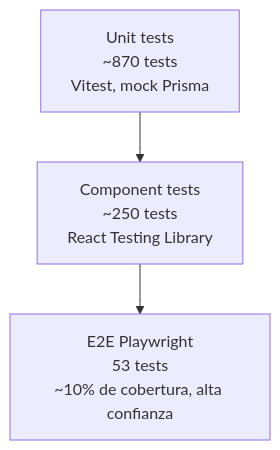
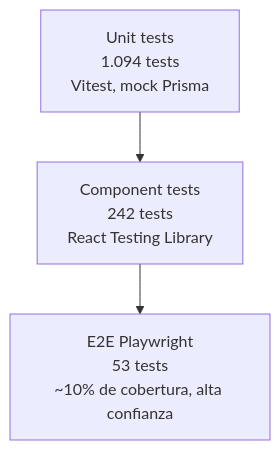
One commit to FelipeAguirreA/web-master-proyecto changed the sixth of 7 diagrams in README.md. Above: the diagram before and after it, drawn with Mermaid. The commit also changed other lines of this file, not shown here.

First line of the commit message:
docs(readme): sincronizar versiones, conteo de tests y datos con el estado real del repo (#46)

````diff
--- a/README.md
+++ b/README.md
@@ -553,8 +557,8 @@
 ```mermaid
 flowchart TB
     E2E["E2E Playwright<br/>53 tests<br/>~10% de cobertura, alta confianza"]
-    Component["Component tests<br/>~250 tests<br/>React Testing Library"]
-    Unit["Unit tests<br/>~870 tests<br/>Vitest, mock Prisma"]
+    Component["Component tests<br/>242 tests<br/>React Testing Library"]
+    Unit["Unit tests<br/>1.094 tests<br/>Vitest, mock Prisma"]
 
     Unit --> Component --> E2E
 ```
````
